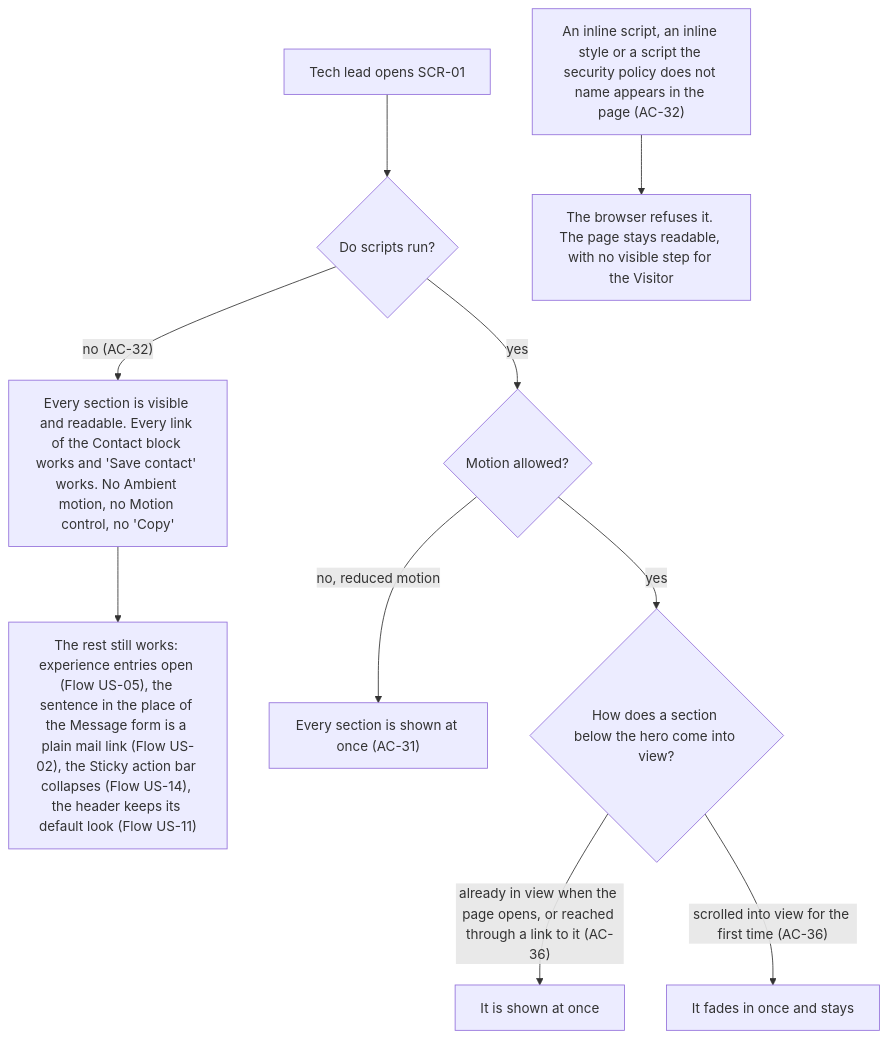
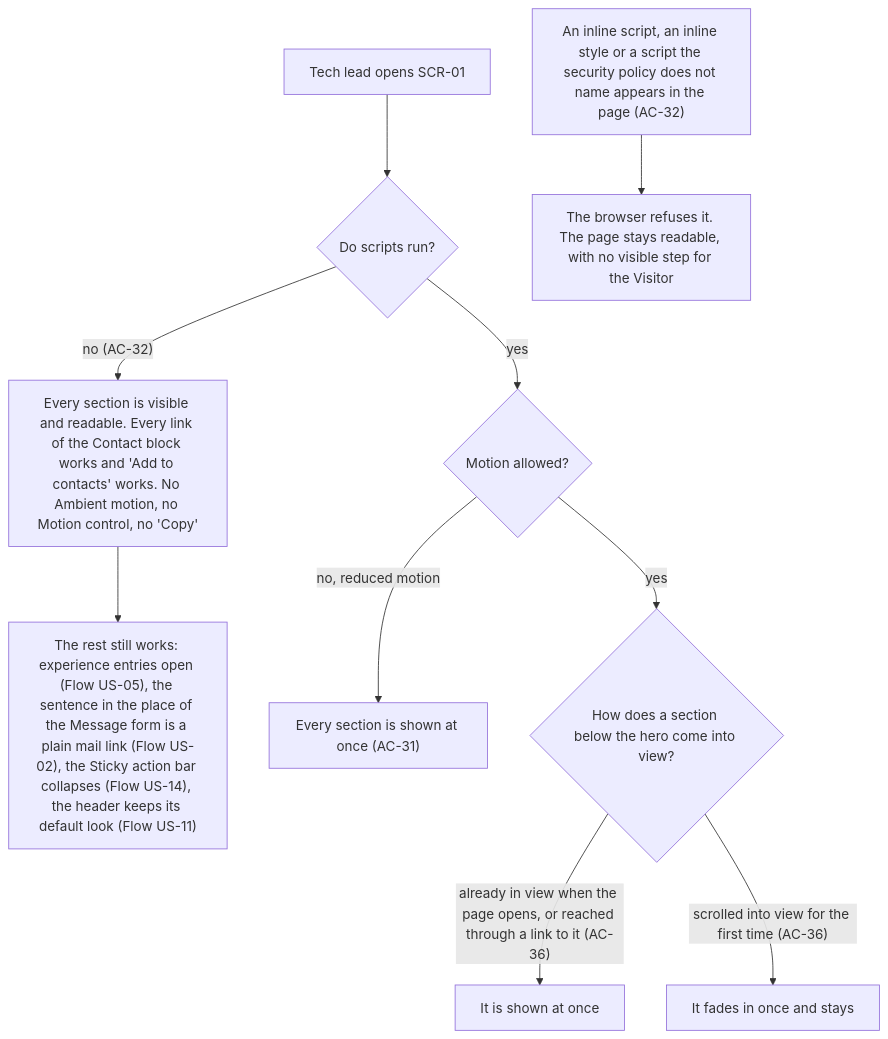
One commit to Ponomaleks/alpon.dev changed the eighth of 10 diagrams in docs/features/home/ux-flows.md. Above: the diagram before and after it, drawn with Mermaid. The commit also changed other lines of this file and 29 other files, not shown here.

First line of the commit message:
feat(home): Rename the contact card action to "Add to contacts" with .vcf as meta text

````diff
--- a/docs/features/home/ux-flows.md
+++ b/docs/features/home/ux-flows.md
@@ -191,12 +191,12 @@
 ```mermaid
 flowchart TD
     A["Tech lead opens SCR-01"] --> B{"Do scripts run?"}
-    B -->|"no (AC-32)"| C["Every section is visible and readable. Every link of the Contact block works and 'Save contact' works. No Ambient motion, no Motion control, no 'Copy'"]
+    B -->|"no (AC-32)"| C["Every section is visible and readable. Every link of the Contact block works and 'Add to contacts' works. No Ambient motion, no Motion control, no 'Copy'"]
     C --> C2["The rest still works: experience entries open (Flow US-05), the sentence in the place of the Message form is a plain mail link (Flow US-02), the Sticky action bar collapses (Flow US-14), the header keeps its default look (Flow US-11)"]
     B -->|"yes"| D{"Motion allowed?"}
     D -->|"no, reduced motion"| E["Every section is shown at once (AC-31)"]
     D -->|"yes"| F{"How does a section below the hero come into view?"}
     F -->|"already in view when the page opens, or reached through a link to it (AC-36)"| G["It is shown at once"]
     F -->|"scrolled into view for the first time (AC-36)"| H["It fades in once and stays"]
     X["An inline script, an inline style or a script the security policy does not name appears in the page (AC-32)"] --> Y["The browser refuses it. The page stays readable, with no visible step for the Visitor"]
 ```
````
